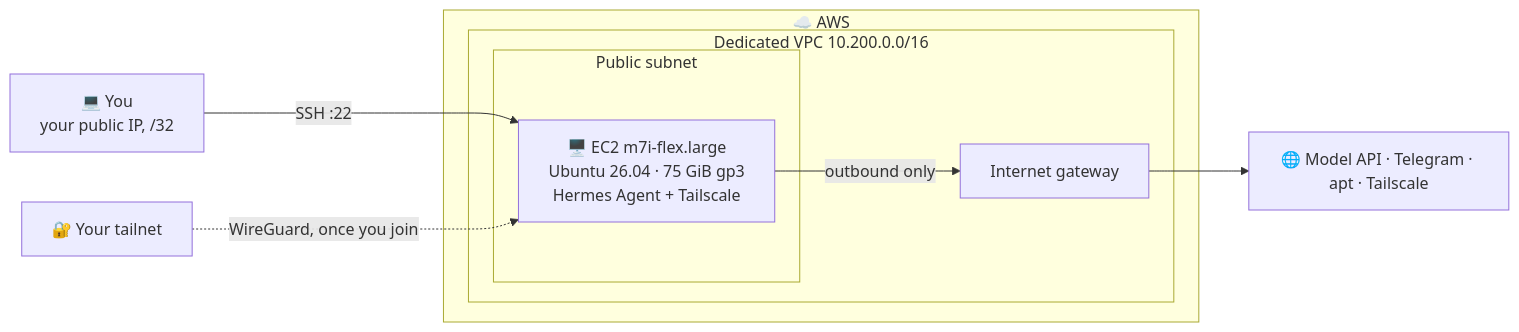
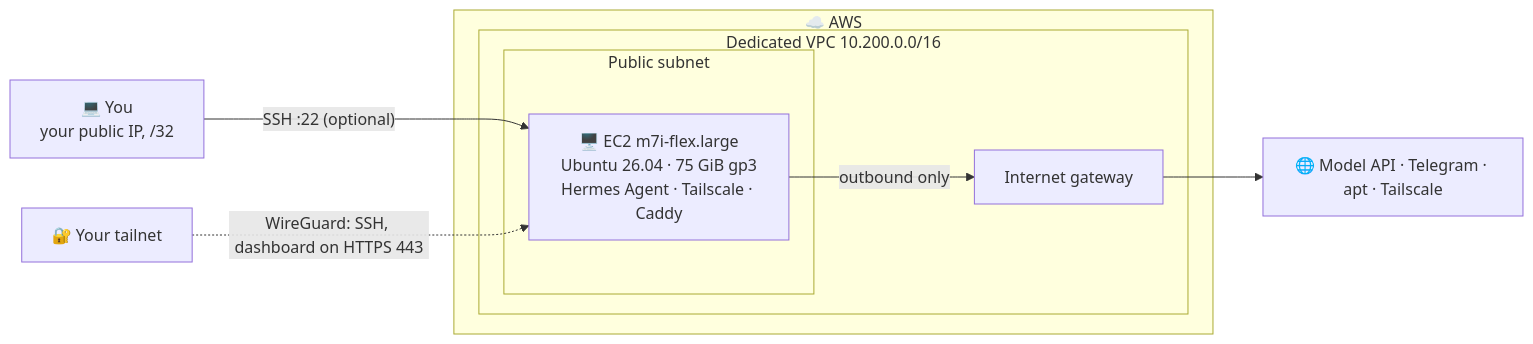
One commit to Yornik/hermes-opentofu changed the diagram in README.md. Above: the diagram before and after it, drawn with Mermaid. The commit also changed other lines of this file and 9 other files, not shown here.

First line of the commit message:
Tailnet access: auth-key join, Hermes dashboard via Caddy, generated login (#2)

````diff
--- a/README.md
+++ b/README.md
@@ -42,17 +44,17 @@
 ```mermaid
 flowchart LR
-    you["💻 You<br/>your public IP, /32"] -- "SSH :22" --> ec2
+    you["💻 You<br/>your public IP, /32"] -- "SSH :22 (optional)" --> ec2
 
     subgraph aws["☁️ AWS"]
         subgraph vpc["Dedicated VPC 10.200.0.0/16"]
             subgraph subnet["Public subnet"]
-                ec2["🖥️ EC2 m7i-flex.large<br/>Ubuntu 26.04 · 75 GiB gp3<br/>Hermes Agent + Tailscale"]
+                ec2["🖥️ EC2 m7i-flex.large<br/>Ubuntu 26.04 · 75 GiB gp3<br/>Hermes Agent · Tailscale · Caddy"]
             end
             igw["Internet gateway"]
         end
     end
 
     ec2 -- "outbound only" --> igw
     igw --> net["🌐 Model API · Telegram · apt · Tailscale"]
-    tailnet["🔐 Your tailnet"] -.->|"WireGuard, once you join"| ec2
+    tailnet["🔐 Your tailnet"] -.->|"WireGuard: SSH, dashboard on HTTPS 443"| ec2
 ```
````
